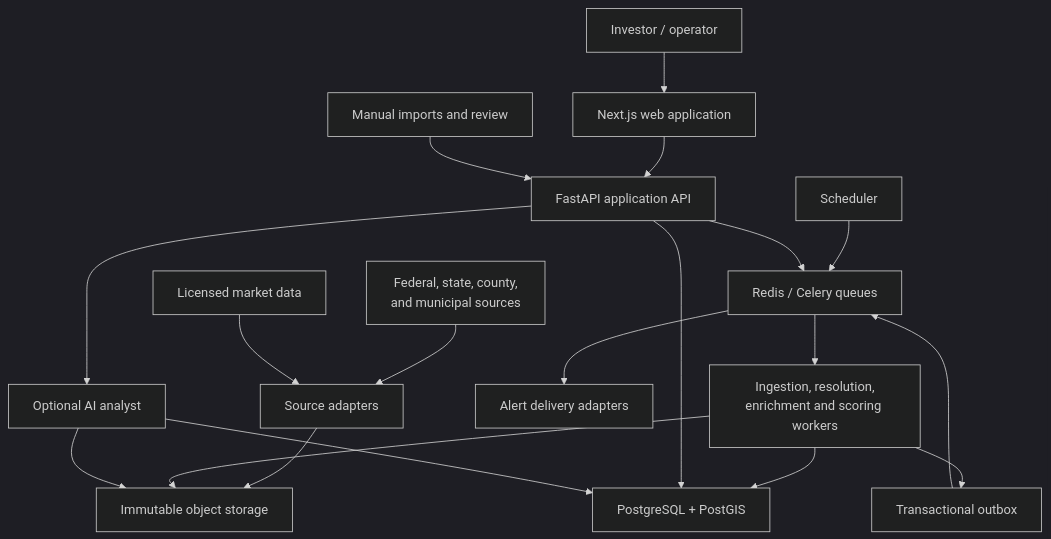
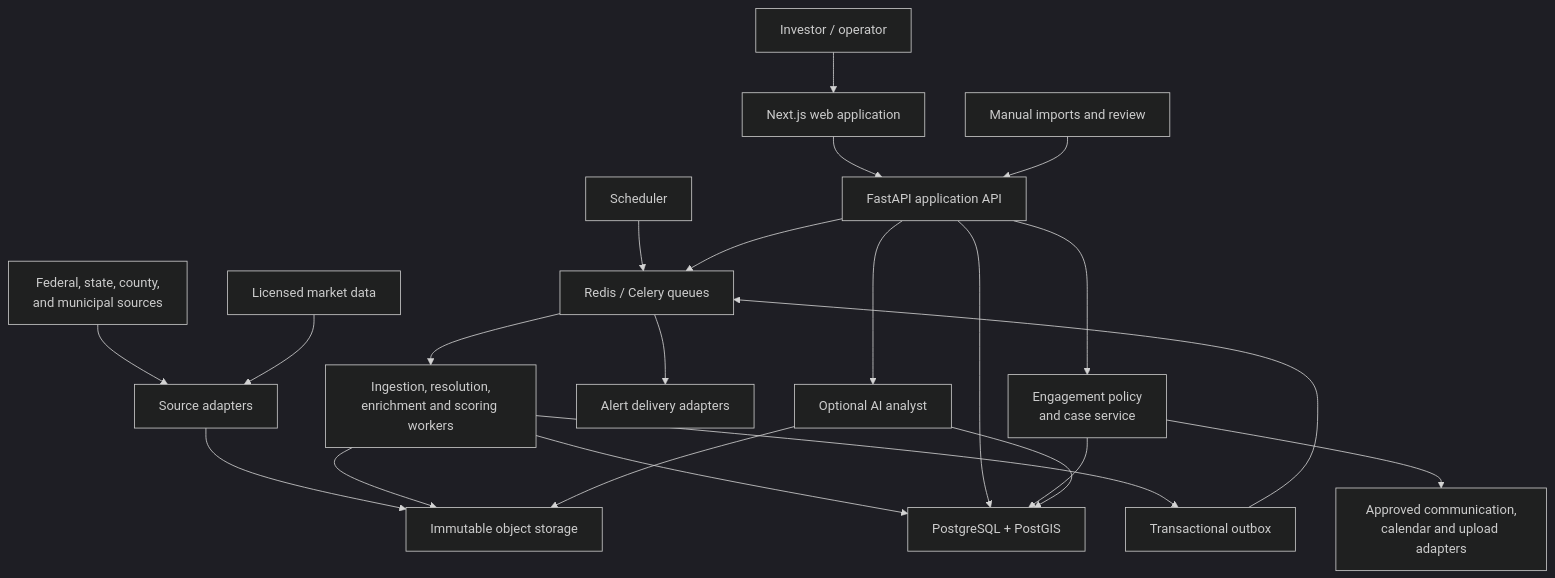
One commit to worldofhacks/seekandscore changed the first of 2 diagrams in docs/ARCHITECTURE.md. Above: the diagram before and after it, drawn with Mermaid (dark theme). The commit also changed other lines of this file and 20 other files, not shown here.

````diff
--- a/docs/ARCHITECTURE.md
+++ b/docs/ARCHITECTURE.md
@@ -19,25 +19,29 @@
 ```mermaid
 flowchart TB
   OP["Investor / operator"] --> WEB["Next.js web application"]
   WEB --> API["FastAPI application API"]
 
   GOV["Federal, state, county,<br/>and municipal sources"] --> ING["Source adapters"]
   LIC["Licensed market data"] --> ING
   MAN["Manual imports and review"] --> API
 
   SCH["Scheduler"] --> Q["Redis / Celery queues"]
   API --> Q
   ING --> OBJ["Immutable object storage"]
   Q --> WRK["Ingestion, resolution,<br/>enrichment and scoring workers"]
   WRK --> OBJ
   WRK --> PG["PostgreSQL + PostGIS"]
   API --> PG
 
   WRK --> OUT["Transactional outbox"]
   OUT --> Q
   Q --> ALT["Alert delivery adapters"]
 
+  API --> ENG["Engagement policy<br/>and case service"]
+  ENG --> PG
+  ENG --> COM["Approved communication,<br/>calendar and upload adapters"]
+
   AI["Optional AI analyst"] --> OBJ
   AI --> PG
   API --> AI
 ```
````
